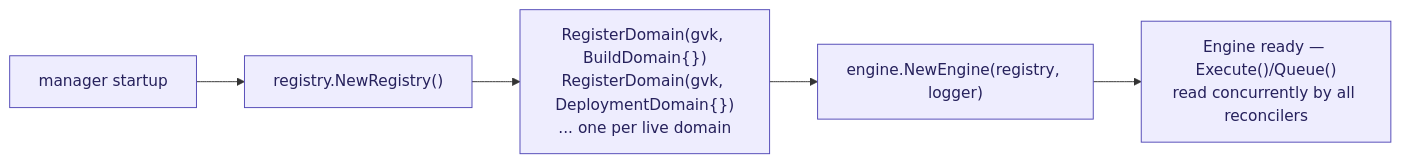
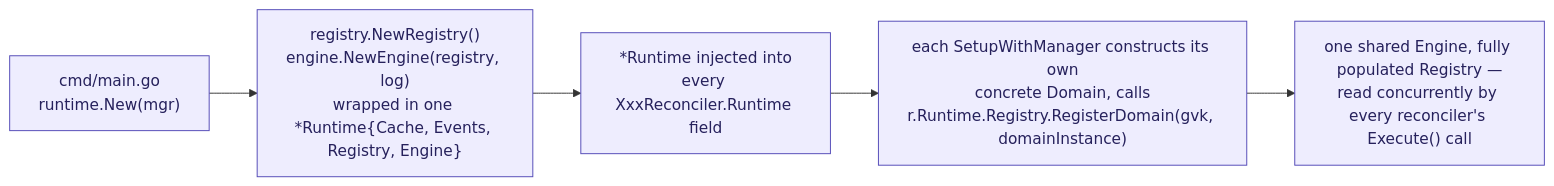
One commit to blanketops/environments changed the second of 4 diagrams in docs/architecture/02-engine-and-repo-boundary.md. Above: the diagram before and after it, drawn with Mermaid. The commit also changed other lines of this file, not shown here.

````diff
--- a/docs/architecture/02-engine-and-repo-boundary.md
+++ b/docs/architecture/02-engine-and-repo-boundary.md
@@ -37,10 +47,10 @@
 ```mermaid
 flowchart LR
-    M["manager startup"] --> NR["registry.NewRegistry()"]
-    NR --> REG["RegisterDomain(gvk, BuildDomain{})\nRegisterDomain(gvk, DeploymentDomain{})\n... one per live domain"]
-    REG --> NE["engine.NewEngine(registry, logger)"]
-    NE --> RUN["Engine ready — Execute()/Queue()\nread concurrently by all reconcilers"]
+    M["cmd/main.go\nruntime.New(mgr)"] --> NR["registry.NewRegistry()\nengine.NewEngine(registry, log)\nwrapped in one *Runtime{Cache, Events, Registry, Engine}"]
+    NR --> INJ["*Runtime injected into\nevery XxxReconciler.Runtime field"]
+    INJ --> REG["each SetupWithManager constructs its own\nconcrete Domain, calls\nr.Runtime.Registry.RegisterDomain(gvk, domainInstance)"]
+    REG --> RUN["one shared Engine, fully populated Registry —\nread concurrently by every reconciler's Execute() call"]
 
     classDef step fill:#EEEDFE,stroke:#534AB7,color:#26215C,stroke-width:1px
-    class M,NR,REG,NE,RUN step
+    class M,NR,INJ,REG,RUN step
 ```
````
